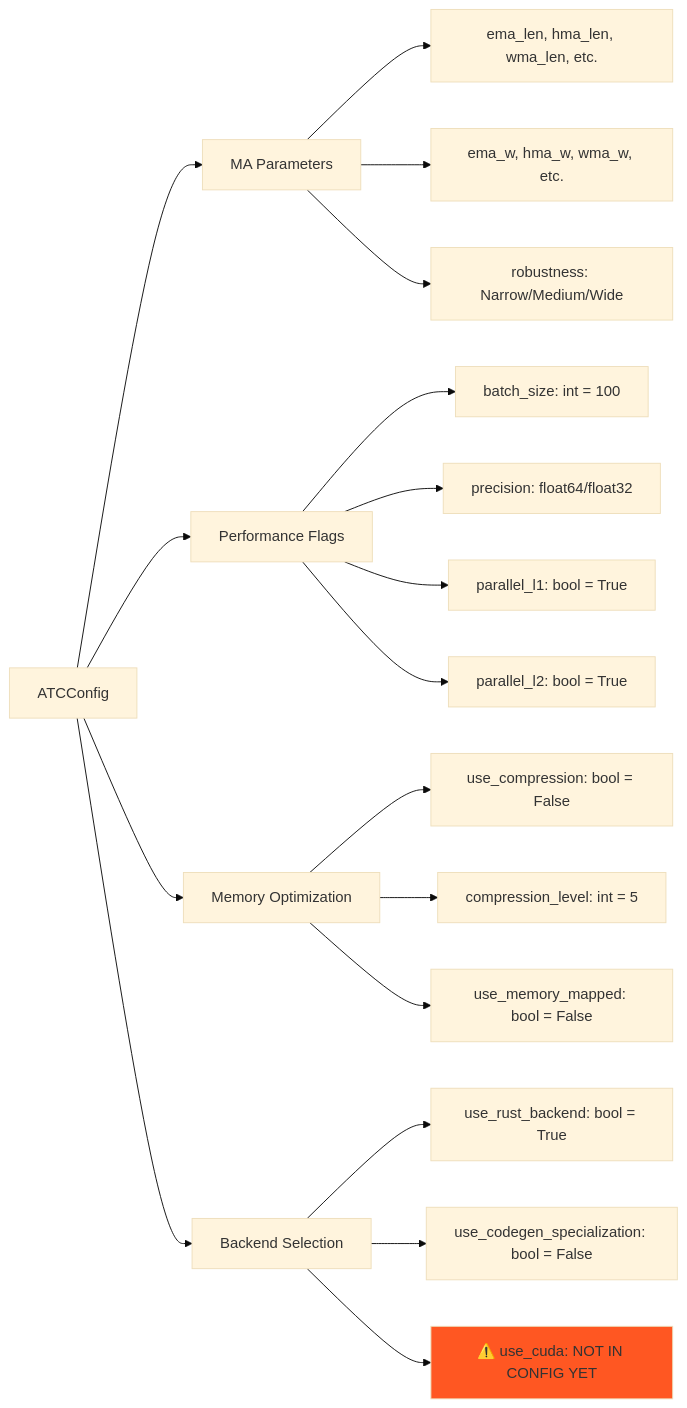
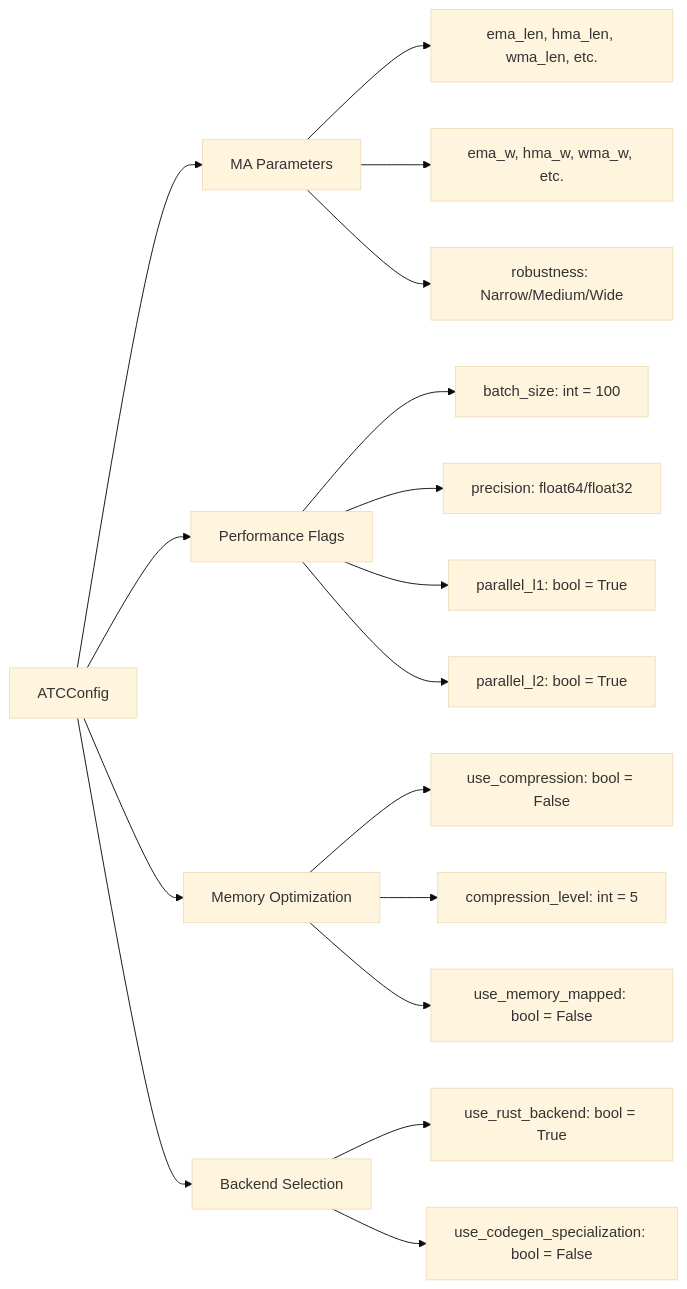
The sixth of 11 diagrams in modules/adaptive_trend_LTS_mini/docs/optimization_flow_diagram.md (Nguyenthang2292/Sovereign-IQ), drawn with Mermaid (base theme) before and after one commit. The commit also changed other lines of this file and 167 other files, not shown here.

````diff
--- a/modules/adaptive_trend_LTS_mini/docs/optimization_flow_diagram.md
+++ b/modules/adaptive_trend_LTS_mini/docs/optimization_flow_diagram.md
@@ -307,26 +268,23 @@
 ```mermaid
 graph LR
     Config[ATCConfig] --> Group1[MA Parameters]
     Config --> Group2[Performance Flags]
     Config --> Group3[Memory Optimization]
     Config --> Group4[Backend Selection]
 
     Group1 --> G1A[ema_len, hma_len, wma_len, etc.]
     Group1 --> G1B[ema_w, hma_w, wma_w, etc.]
     Group1 --> G1C[robustness: Narrow/Medium/Wide]
 
     Group2 --> G2A[batch_size: int = 100]
     Group2 --> G2B[precision: float64/float32]
     Group2 --> G2C[parallel_l1: bool = True]
     Group2 --> G2D[parallel_l2: bool = True]
 
     Group3 --> G3A[use_compression: bool = False]
     Group3 --> G3B[compression_level: int = 5]
     Group3 --> G3C[use_memory_mapped: bool = False]
 
     Group4 --> G4A[use_rust_backend: bool = True]
     Group4 --> G4B[use_codegen_specialization: bool = False]
-    Group4 --> G4C[⚠️ use_cuda: NOT IN CONFIG YET]
-
-    style G4C fill:#FF5722
 ```
````
